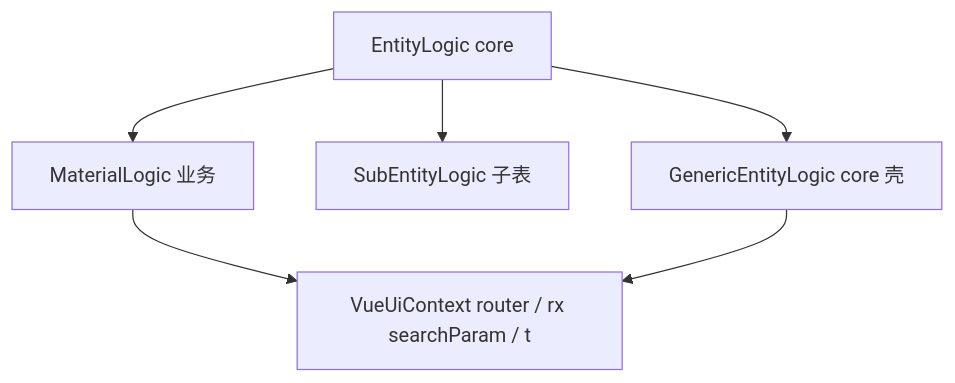
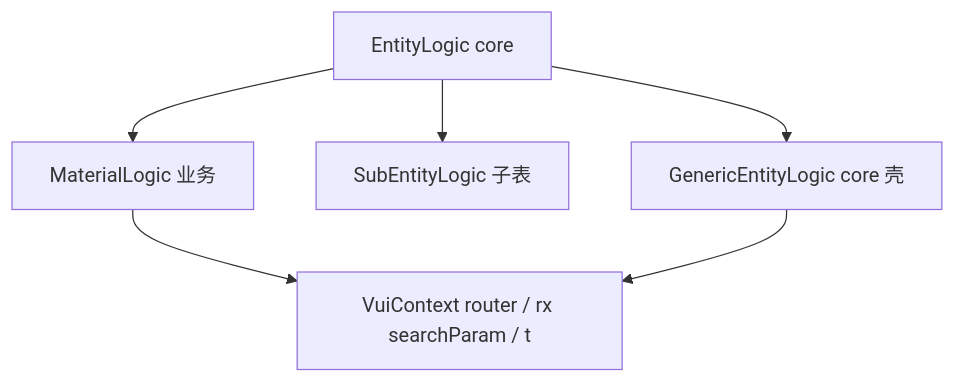
One commit to Roy7611/mmda-vue changed the diagram in packages/core/docs/logic/entity_logic_design.md. Above: the diagram before and after it, drawn with Mermaid. The commit also changed other lines of this file and 48 other files, not shown here.

First line of the commit message:
refactor(core): 会话与渲染器契约下沉，字段过滤器/搜索视图入 core

````diff
--- a/packages/core/docs/logic/entity_logic_design.md
+++ b/packages/core/docs/logic/entity_logic_design.md
@@ -34,13 +34,13 @@
 ```mermaid
 flowchart TB
   EntityLogic["EntityLogic core"]
   MaterialLogic["MaterialLogic 业务"]
   SubEntityLogic["SubEntityLogic 子表"]
   GenericEntityLogic["GenericEntityLogic core 壳"]
-  VueUiContext["VueUiContext router / rx searchParam / t"]
+  VuiContext["VuiContext router / rx searchParam / t"]
   EntityLogic --> MaterialLogic
   EntityLogic --> SubEntityLogic
   EntityLogic --> GenericEntityLogic
-  MaterialLogic --> VueUiContext
-  GenericEntityLogic --> VueUiContext
+  MaterialLogic --> VuiContext
+  GenericEntityLogic --> VuiContext
 ```
````
